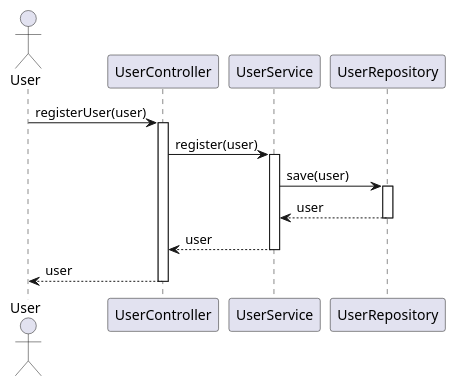
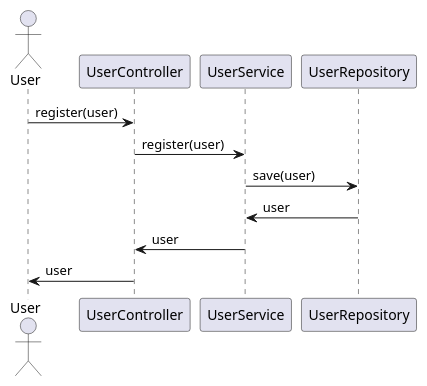
One commit to Dinesh-s95/AutoDoc.ai changed the first of 4 diagrams in identityprovider/documentation/detaileddesign.adoc. Above: the diagram before and after it, drawn with PlantUML. The commit also changed other lines of this file and 7 other files, not shown here.

```diff
--- a/identityprovider/documentation/detaileddesign.adoc
+++ b/identityprovider/documentation/detaileddesign.adoc
@@ -182,22 +137,16 @@
 [plantuml, user-registration-sequence, png]
 ----
 @startuml
-actor User
-participant UserController
-participant UserService
-participant UserRepository
+actor "User" as user
+participant "UserController" as controller
+participant "UserService" as service
+participant "UserRepository" as repository
 
-User -> UserController : registerUser(user)
-activate UserController
-UserController -> UserService : register(user)
-activate UserService
-UserService -> UserRepository : save(user)
-activate UserRepository
-UserRepository --> UserService : user
-deactivate UserRepository
-UserService --> UserController : user
-deactivate UserService
-UserController --> User : user
-deactivate UserController
+user -> controller : register(user)
+controller -> service : register(user)
+service -> repository : save(user)
+repository -> service : user
+service -> controller : user
+controller -> user : user
 @enduml
 ----
```
